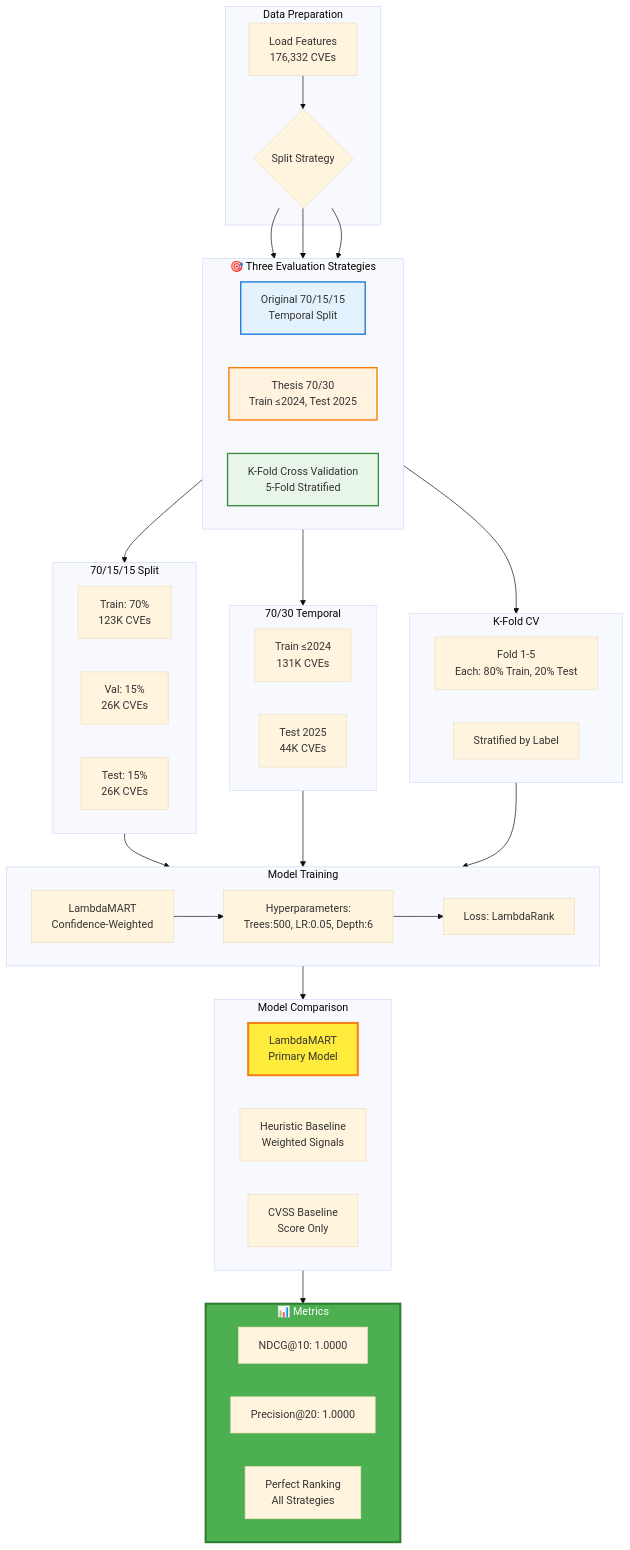
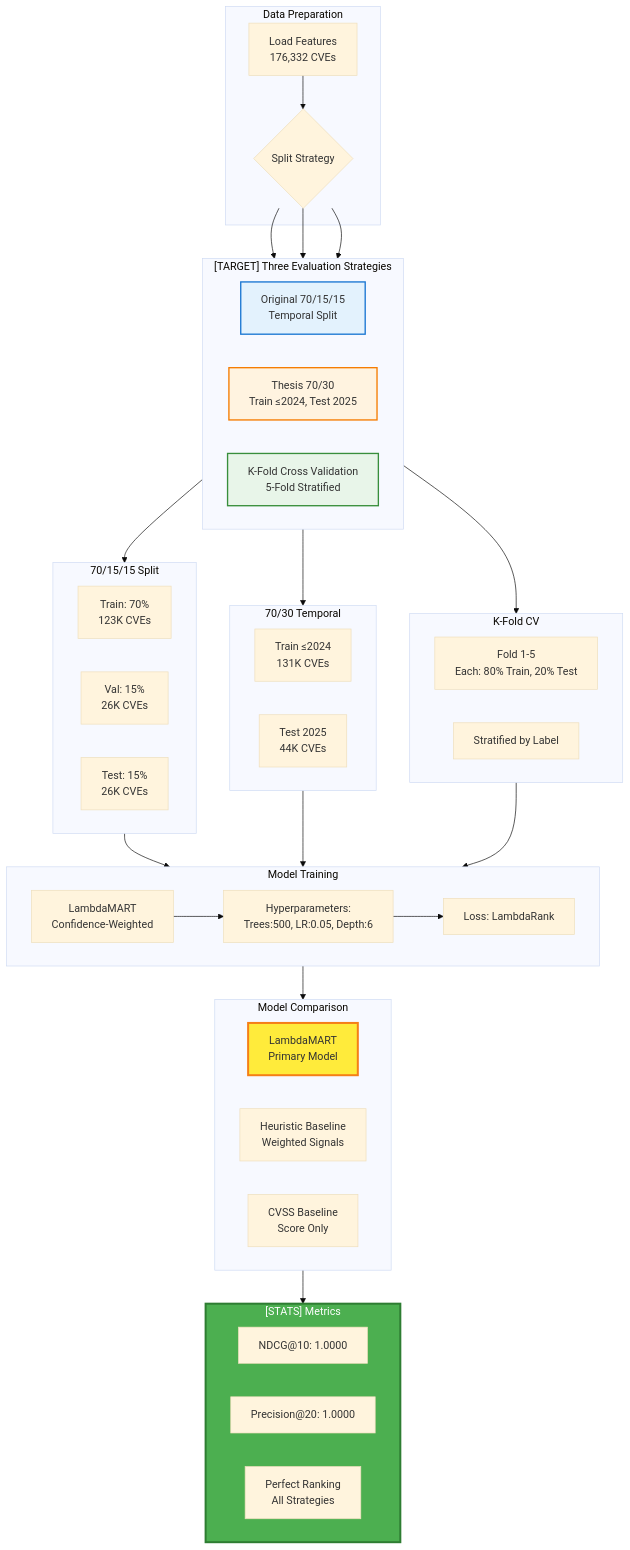
Before and after one commit to er-vinay-india/healthcare-vuln-prioritization-ltr: the diagram in cti_recommender/docs/diagrams/evaluation_strategies.mmd, drawn with Mermaid. The commit also changed 97 other files, not shown here.

```diff
--- a/cti_recommender/docs/diagrams/evaluation_strategies.mmd
+++ b/cti_recommender/docs/diagrams/evaluation_strategies.mmd
@@ -1,71 +1,71 @@
 %%{init: {'theme': 'base'}}%%
 flowchart TB
-    subgraph Evaluation["🎯 Three Evaluation Strategies"]
+    subgraph Evaluation["[TARGET] Three Evaluation Strategies"]
         direction LR
         E1["Original 70/15/15<br/>Temporal Split"]
         E2["Thesis 70/30<br/>Train ≤2024, Test 2025"]
         E3["K-Fold Cross Validation<br/>5-Fold Stratified"]
     end
     
     subgraph Data["Data Preparation"]
         LOAD[Load Features<br/>176,332 CVEs]
         SPLIT{Split Strategy}
         LOAD --> SPLIT
     end
     
     subgraph Split1["70/15/15 Split"]
         S1A[Train: 70%<br/>123K CVEs]
         S1B[Val: 15%<br/>26K CVEs]
         S1C[Test: 15%<br/>26K CVEs]
     end
     
     subgraph Split2["70/30 Temporal"]
         S2A[Train ≤2024<br/>131K CVEs]
         S2B[Test 2025<br/>44K CVEs]
     end
     
     subgraph Split3["K-Fold CV"]
         S3A[Fold 1-5<br/>Each: 80% Train, 20% Test]
         S3B[Stratified by Label]
     end
     
     subgraph Training["Model Training"]
         T1[LambdaMART<br/>Confidence-Weighted]
         T2[Hyperparameters:<br/>Trees:500, LR:0.05, Depth:6]
         T3[Loss: LambdaRank]
         T1 --> T2
         T2 --> T3
     end
     
     subgraph Models["Model Comparison"]
         M1[LambdaMART<br/>Primary Model]
         M2[Heuristic Baseline<br/>Weighted Signals]
         M3[CVSS Baseline<br/>Score Only]
     end
     
-    subgraph Results["📊 Metrics"]
+    subgraph Results["[STATS] Metrics"]
         R1["NDCG@10: 1.0000"]
         R2["Precision@20: 1.0000"]
         R3[Perfect Ranking<br/>All Strategies]
     end
     
     SPLIT --> E1
     SPLIT --> E2
     SPLIT --> E3
     
     E1 --> Split1
     E2 --> Split2
     E3 --> Split3
     
     Split1 --> Training
     Split2 --> Training
     Split3 --> Training
     
     Training --> Models
     Models --> Results
     
     style E1 fill:#e3f2fd,stroke:#1976d2,stroke-width:2px
     style E2 fill:#fff3e0,stroke:#f57c00,stroke-width:2px
     style E3 fill:#e8f5e9,stroke:#388e3c,stroke-width:2px
     style M1 fill:#ffeb3b,stroke:#f57f17,stroke-width:3px
     style Results fill:#4caf50,stroke:#2e7d32,stroke-width:3px,color:#fff
```
